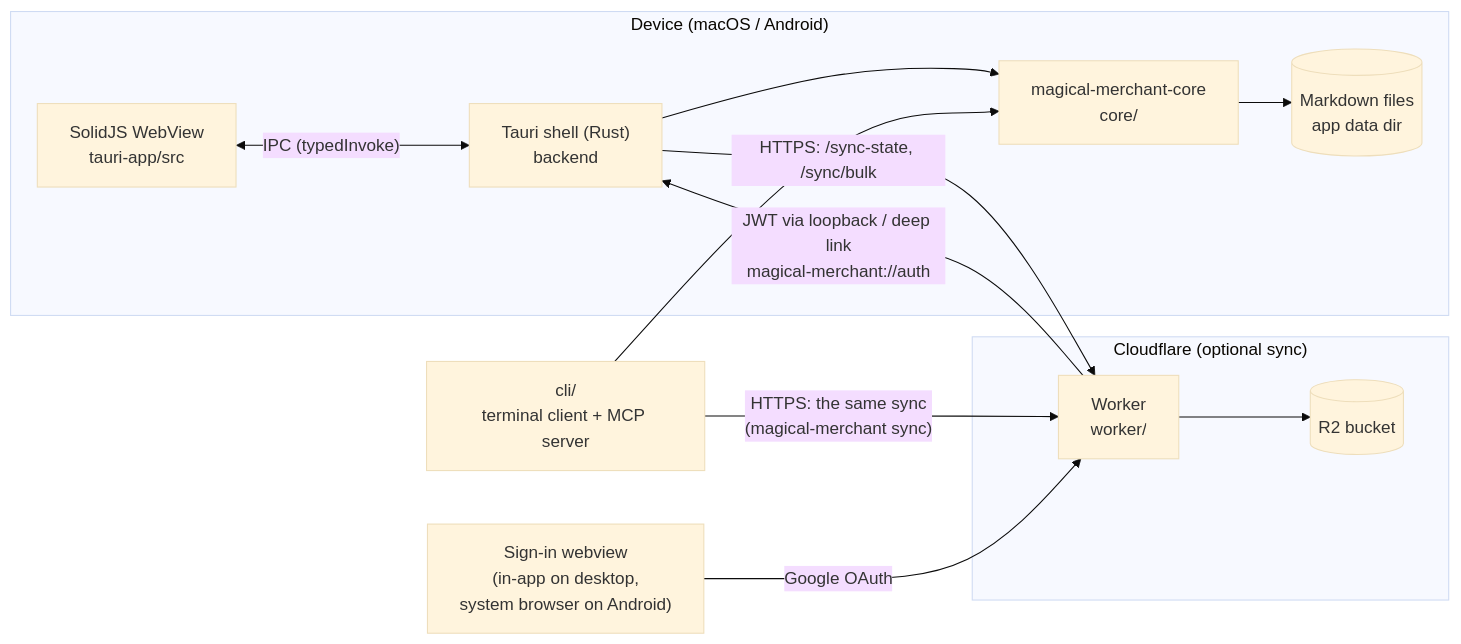
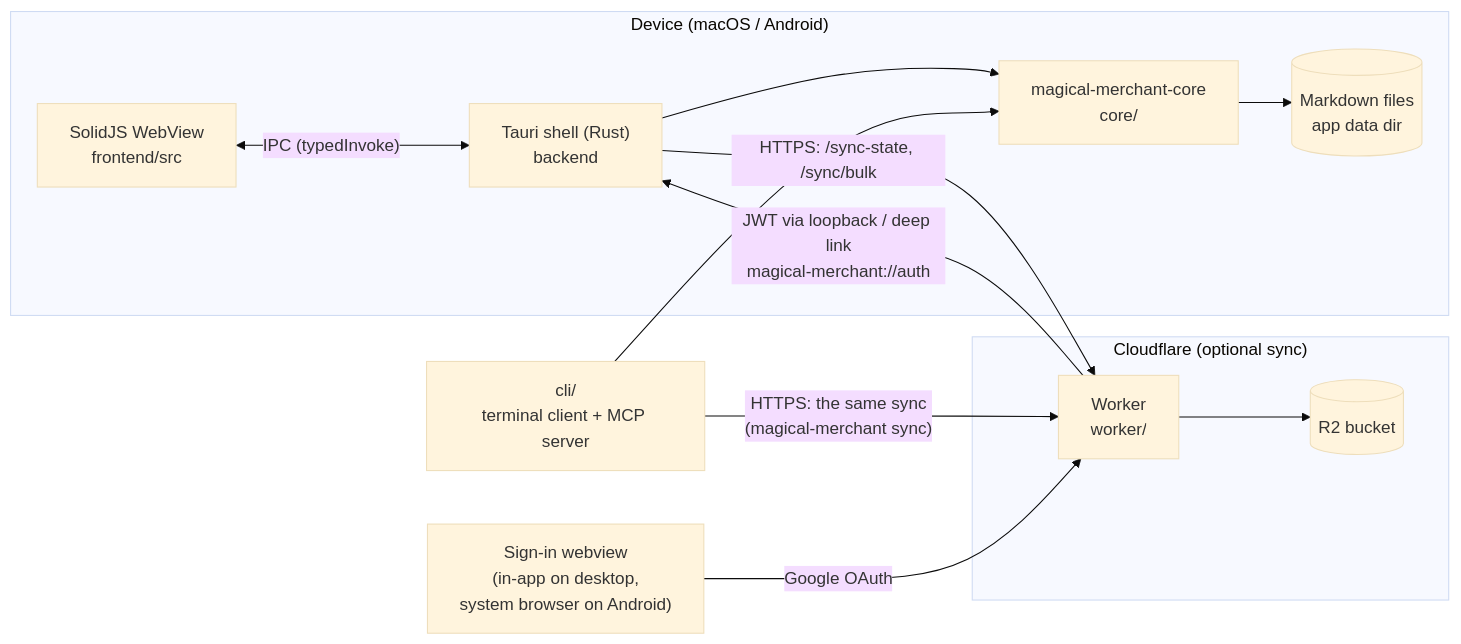
Before and after one commit to Xantibody/magical-merchant: the first of 3 diagrams in docs/introduction.md, drawn with Mermaid (base theme). The commit also changed other lines of this file and 351 other files, not shown here.

First line of the commit message:
refactor: move the SolidJS app from tauri-app/ to frontend/

````diff
--- a/docs/introduction.md
+++ b/docs/introduction.md
@@ -14,25 +14,25 @@
 ```mermaid
 flowchart LR
     subgraph Device["Device (macOS / Android)"]
-        UI["SolidJS WebView<br/>tauri-app/src"]
+        UI["SolidJS WebView<br/>frontend/src"]
         Shell["Tauri shell (Rust)<br/>backend"]
         Core["magical-merchant-core<br/>core/"]
         Files[("Markdown files<br/>app data dir")]
         UI <-- "IPC (typedInvoke)" --> Shell
         Shell --> Core
         Core --> Files
     end
 
     CLI["cli/<br/>terminal client + MCP server"] --> Core
 
     subgraph Cloud["Cloudflare (optional sync)"]
         Worker["Worker<br/>worker/"]
         R2[("R2 bucket")]
         Worker --> R2
     end
 
     Shell -- "HTTPS: /sync-state, /sync/bulk" --> Worker
     CLI -- "HTTPS: the same sync<br/>(magical-merchant sync)" --> Worker
     Login["Sign-in webview<br/>(in-app on desktop,<br/>system browser on Android)"] -- "Google OAuth" --> Worker
     Worker -- "JWT via loopback / deep link<br/>magical-merchant://auth" --> Shell
 ```
````
